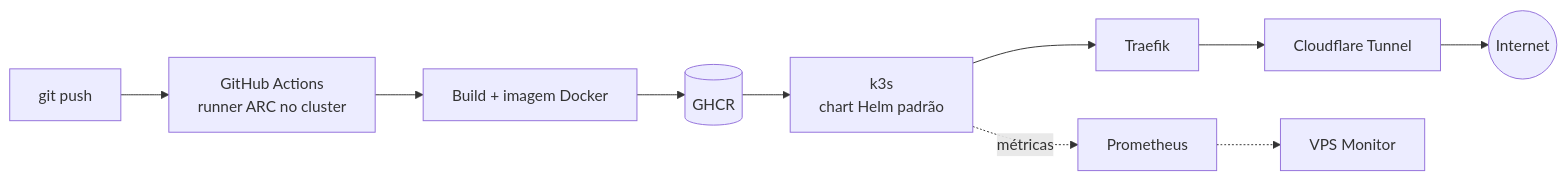
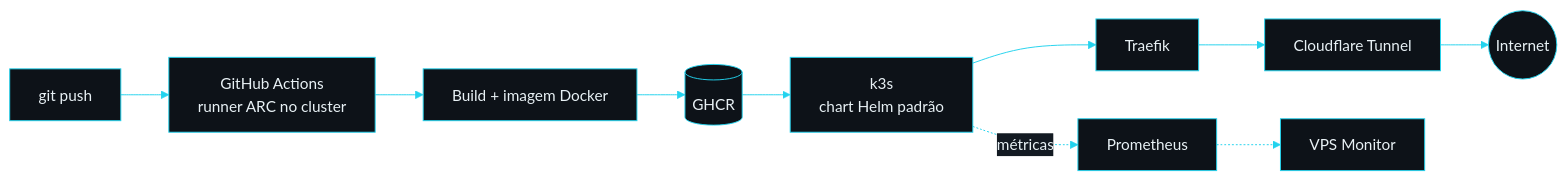
Before and after one commit to fabrodiego/fabrodiego: the diagram in README.md, drawn with Mermaid. The commit also changed other lines of this file, not shown here.

````diff
--- a/README.md
+++ b/README.md
@@ -79,12 +79,13 @@
 ```mermaid
+%%{init: {'theme': 'base', 'themeVariables': {'background': '#07090d', 'primaryColor': '#0d1218', 'primaryTextColor': '#e8f1f5', 'primaryBorderColor': '#22d3ee', 'lineColor': '#22d3ee', 'secondaryColor': '#131a22', 'tertiaryColor': '#131a22'}}}%%
 flowchart LR
     A[git push] --> B[GitHub Actions<br/>runner ARC no cluster]
     B --> C[Build + imagem Docker]
     C --> D[(GHCR)]
     D --> E[k3s<br/>chart Helm padrão]
     E --> F[Traefik]
     F --> G[Cloudflare Tunnel]
     G --> H((Internet))
     E -. métricas .-> P[Prometheus]
     P -.-> M[VPS Monitor]
 ```
````
